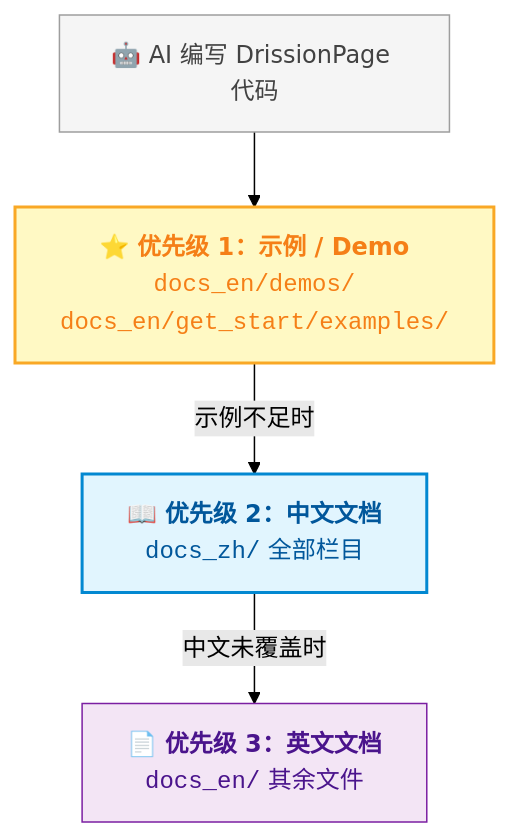
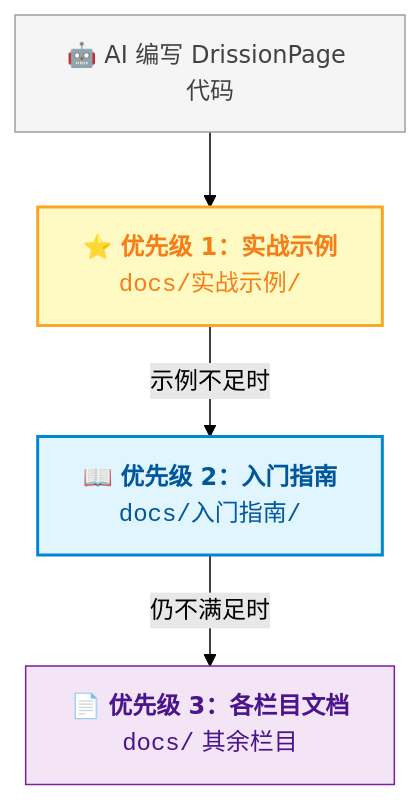
One commit to fqxue/drissionpage-skills changed the fourth of 5 diagrams in README.md. Above: the diagram before and after it, drawn with Mermaid (forest theme). The commit also changed other lines of this file and 107 other files, not shown here.

````diff
--- a/README.md
+++ b/README.md
@@ -221,15 +214,15 @@
 ```mermaid
 flowchart TD
     START["🤖 AI 编写 DrissionPage 代码"] --> P1
 
-    P1["⭐ <b>优先级 1：示例 / Demo</b><br/><code>docs_en/demos/</code><br/><code>docs_en/get_start/examples/</code>"]
+    P1["⭐ <b>优先级 1：实战示例</b><br/><code>docs/实战示例/</code>"]
     P1 -->|"示例不足时"| P2
-    P2["📖 <b>优先级 2：中文文档</b><br/><code>docs_zh/</code> 全部栏目"]
-    P2 -->|"中文未覆盖时"| P3
-    P3["📄 <b>优先级 3：英文文档</b><br/><code>docs_en/</code> 其余文件"]
+    P2["📖 <b>优先级 2：入门指南</b><br/><code>docs/入门指南/</code>"]
+    P2 -->|"仍不满足时"| P3
+    P3["📄 <b>优先级 3：各栏目文档</b><br/><code>docs/</code> 其余栏目"]
 
     style START fill:#f5f5f5,stroke:#9e9e9e,color:#424242
     style P1 fill:#fff9c4,stroke:#f9a825,stroke-width:2px,color:#f57f17
     style P2 fill:#e1f5fe,stroke:#0288d1,stroke-width:2px,color:#01579b
     style P3 fill:#f3e5f5,stroke:#7b1fa2,stroke-width:1px,color:#4a148c
 ```
````
